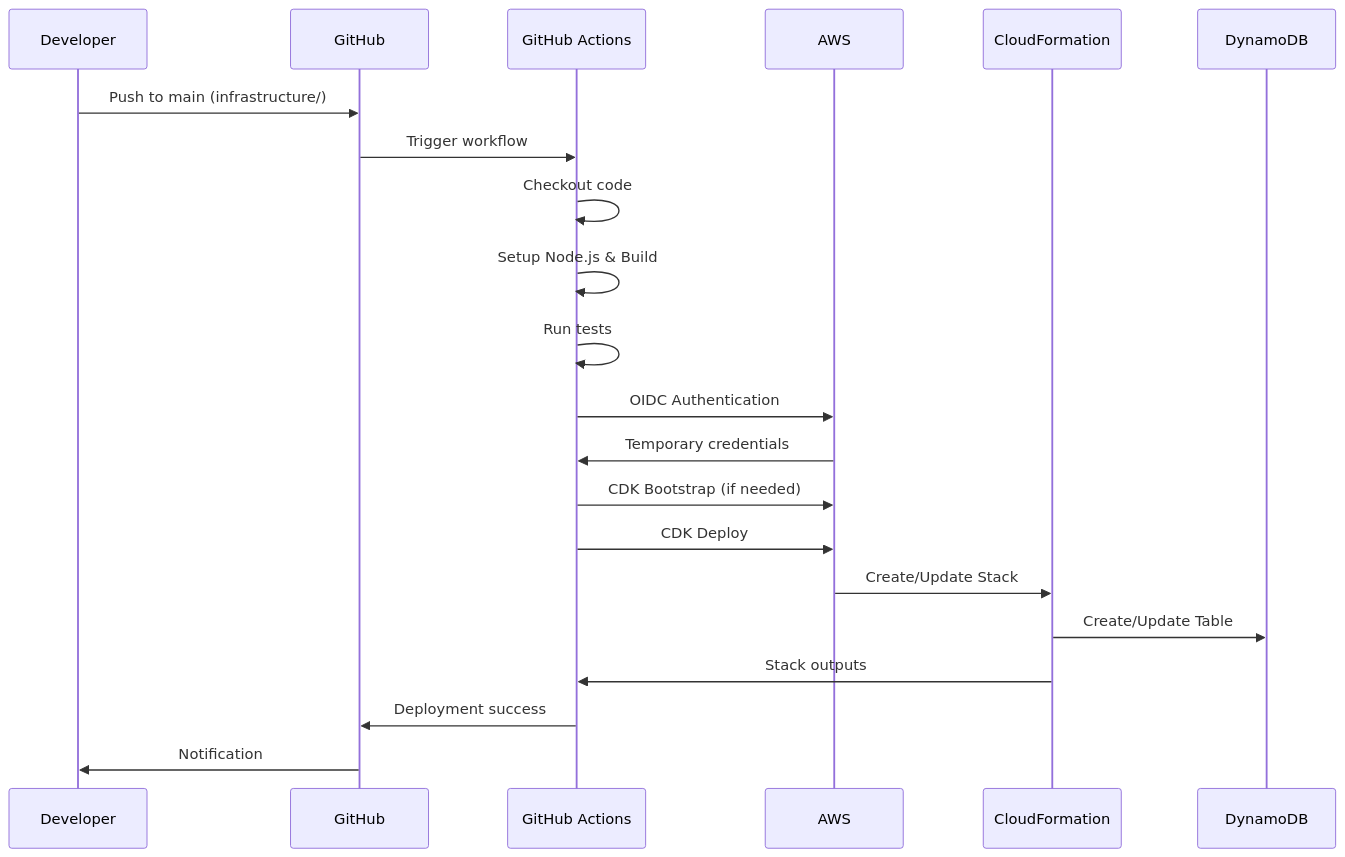
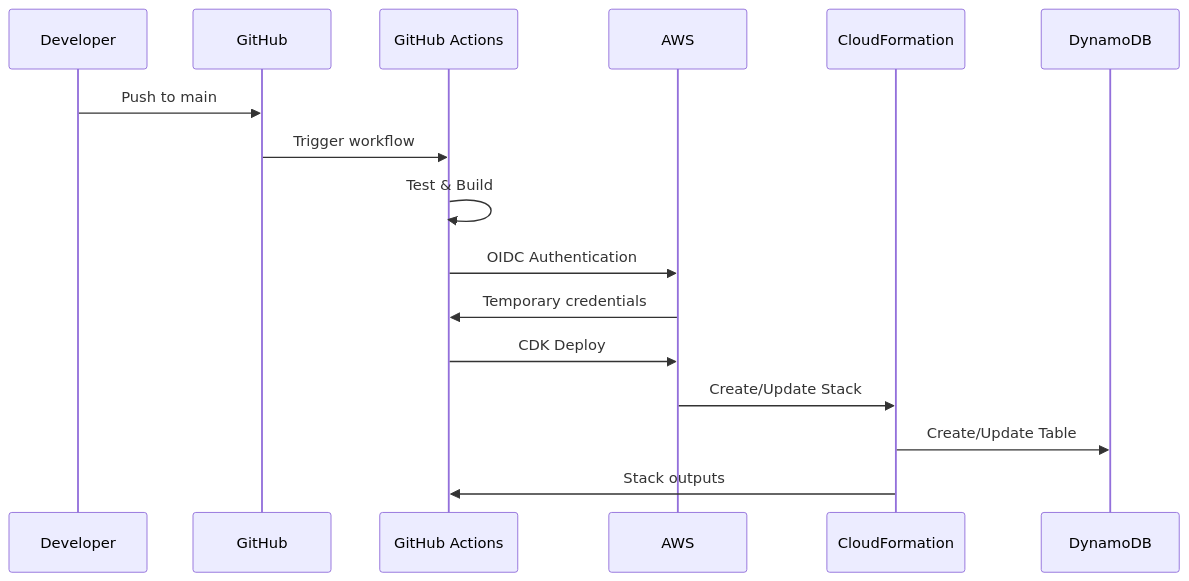
One commit to goataka/attendance-kit changed the first of 2 diagrams in docs/architecture/cicd-deployment-strategy.md. Above: the diagram before and after it, drawn with Mermaid. The commit also changed other lines of this file and 19 other files, not shown here.

````diff
--- a/docs/architecture/cicd-deployment-strategy.md
+++ b/docs/architecture/cicd-deployment-strategy.md
@@ -11,24 +7,19 @@
 ```mermaid
 sequenceDiagram
     participant Dev as Developer
     participant GH as GitHub
     participant GA as GitHub Actions
     participant AWS as AWS
     participant CF as CloudFormation
     participant DB as DynamoDB
     
-    Dev->>GH: Push to main (infrastructure/)
+    Dev->>GH: Push to main
     GH->>GA: Trigger workflow
-    GA->>GA: Checkout code
-    GA->>GA: Setup Node.js & Build
-    GA->>GA: Run tests
+    GA->>GA: Test & Build
     GA->>AWS: OIDC Authentication
     AWS->>GA: Temporary credentials
-    GA->>AWS: CDK Bootstrap (if needed)
     GA->>AWS: CDK Deploy
     AWS->>CF: Create/Update Stack
     CF->>DB: Create/Update Table
     CF->>GA: Stack outputs
-    GA->>GH: Deployment success
-    GH->>Dev: Notification
 ```
````
